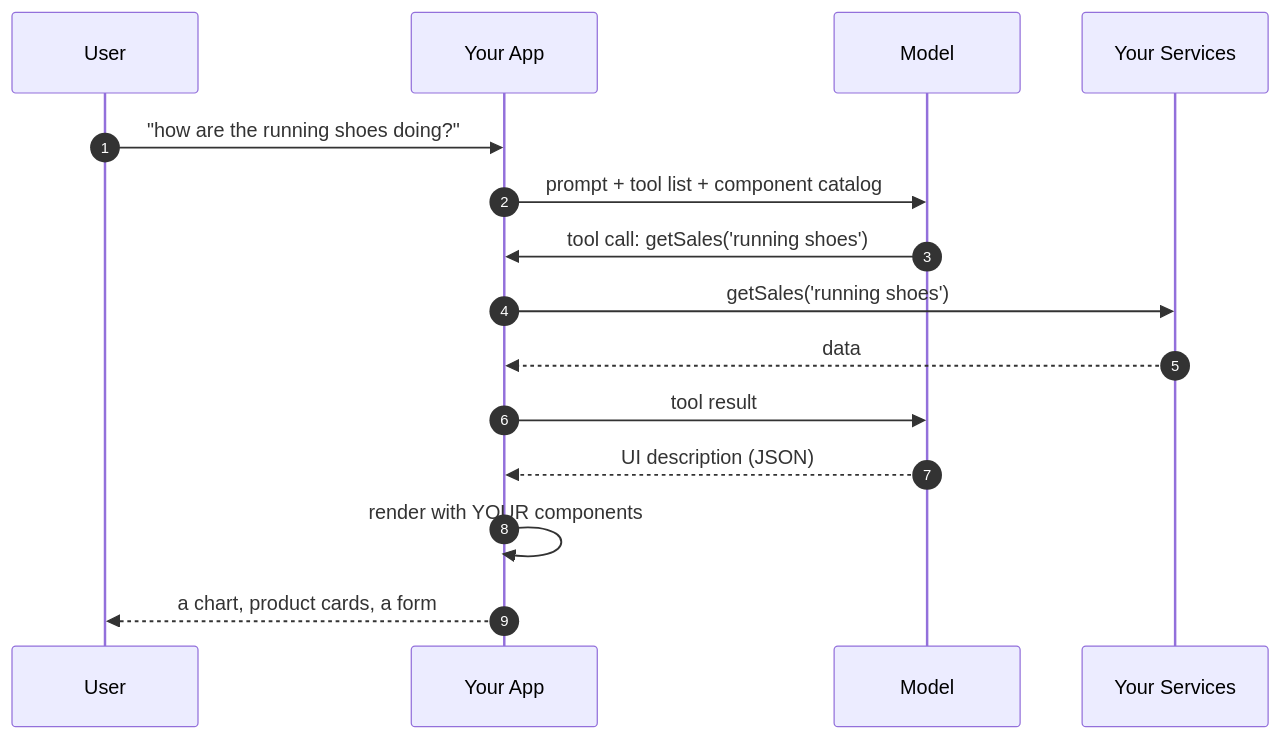
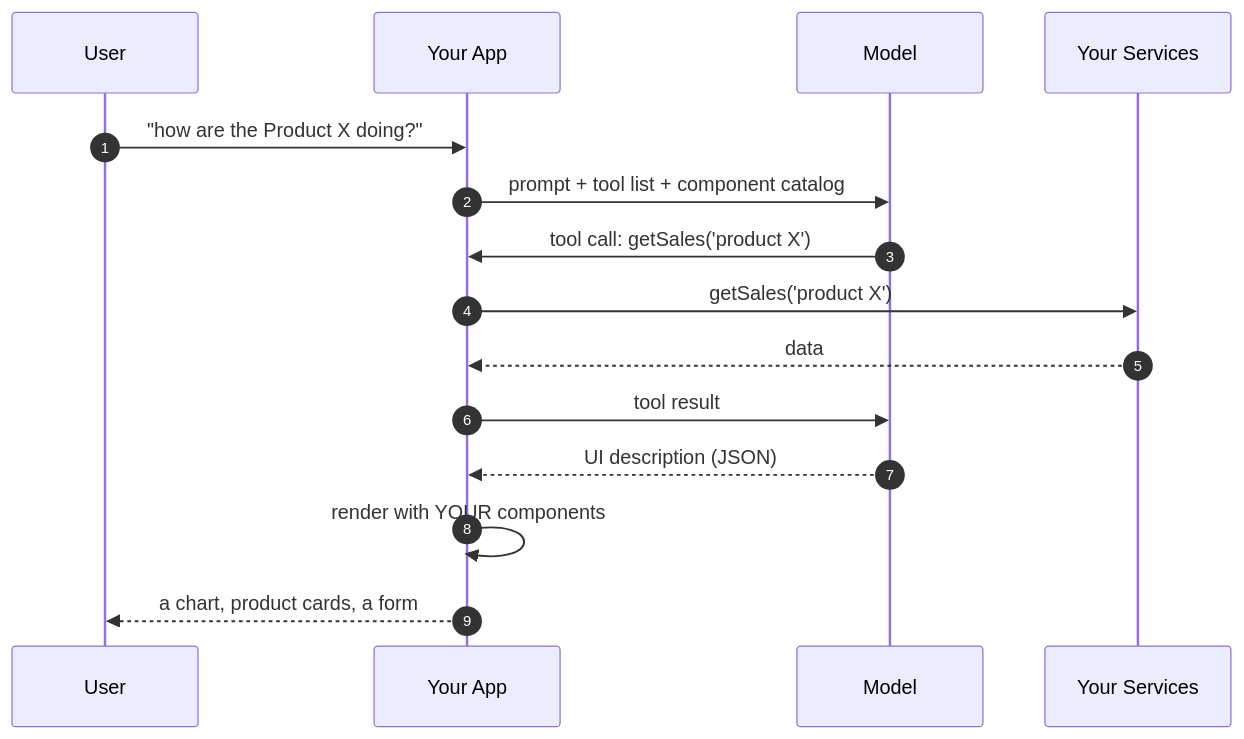
Before and after one commit to fb-talks/generative-ui: the first of 2 diagrams in decks/04-generative-ui.md, drawn with Mermaid. The commit also changed other lines of this file and 7 other files, not shown here.

````diff
--- a/decks/04-generative-ui.md
+++ b/decks/04-generative-ui.md
@@ -57,18 +57,18 @@
 ```mermaid
 sequenceDiagram
     autonumber
     participant U as User
     participant A as Your App
     participant M as Model
     participant S as Your Services
 
-    U->>A: "how are the running shoes doing?"
+    U->>A: "how are the Product X doing?"
     A->>M: prompt + tool list + component catalog
-    M->>A: tool call: getSales('running shoes')
-    A->>S: getSales('running shoes')
+    M->>A: tool call: getSales('product X')
+    A->>S: getSales('product X')
     S-->>A: data
     A->>M: tool result
     M-->>A: UI description (JSON)
     A->>A: render with YOUR components
     A-->>U: a chart, product cards, a form
 ```
````
